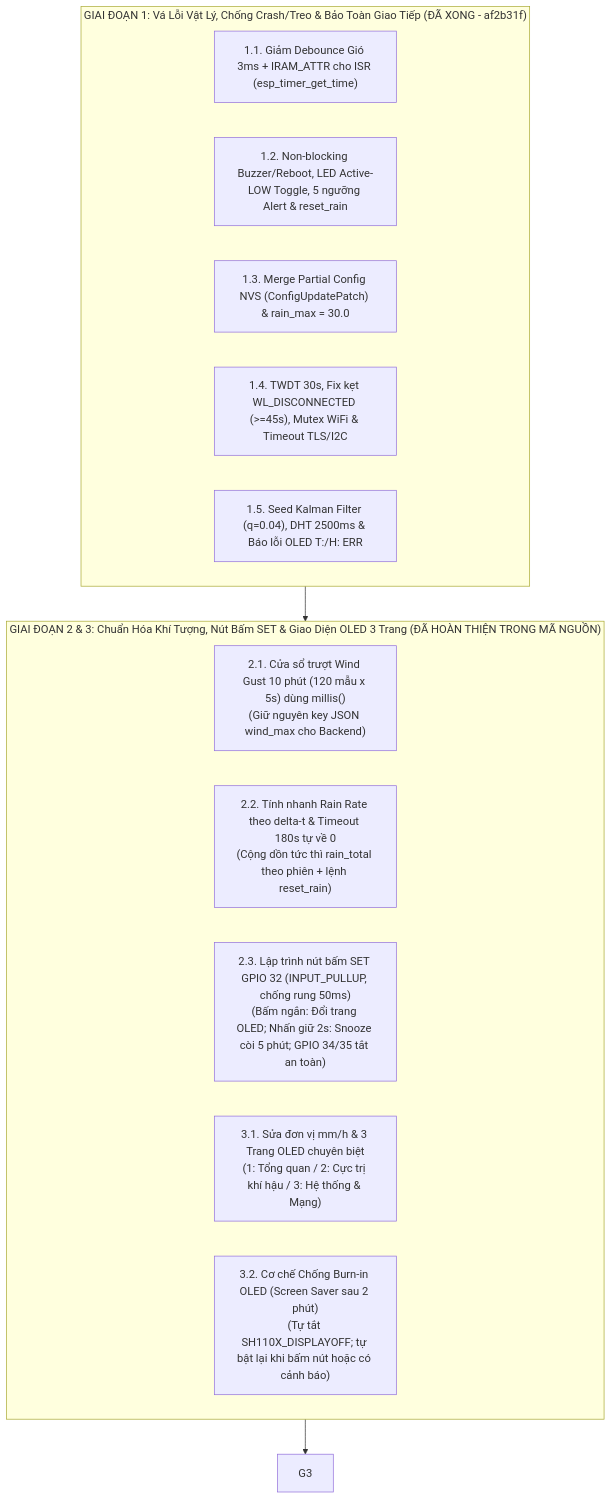
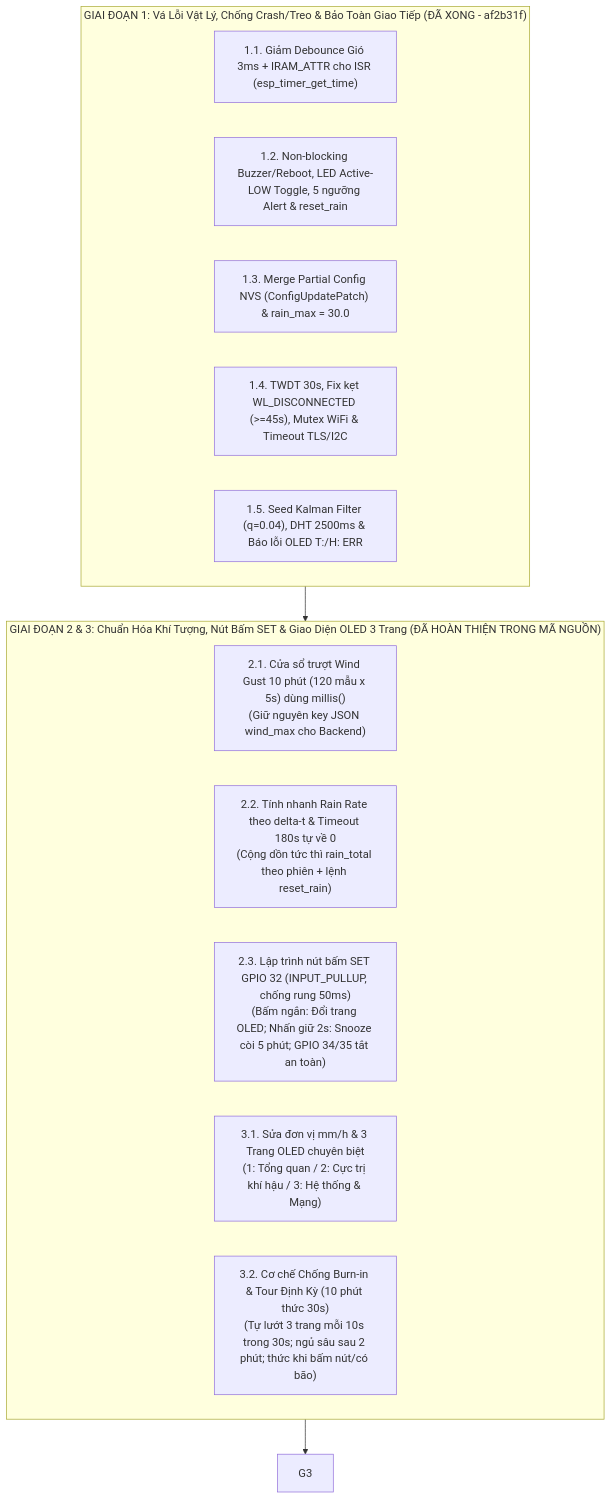
Before and after one commit to DuongAn15/IoT-project: the diagram in docs/FIRMWARE_REFINEMENT_PLAN.md, drawn with Mermaid. The commit also changed 3 other files, not shown here.

````diff
--- a/docs/FIRMWARE_REFINEMENT_PLAN.md
+++ b/docs/FIRMWARE_REFINEMENT_PLAN.md
@@ -284,20 +284,20 @@
 ```mermaid
 flowchart TD
     subgraph G1["GIAI ĐOẠN 1: Vá Lỗi Vật Lý, Chống Crash/Treo & Bảo Toàn Giao Tiếp (ĐÃ XONG - af2b31f)"]
         A1["1.1. Giảm Debounce Gió 3ms + IRAM_ATTR cho ISR (esp_timer_get_time)"]
         A2["1.2. Non-blocking Buzzer/Reboot, LED Active-LOW Toggle, 5 ngưỡng Alert & reset_rain"]
         A3["1.3. Merge Partial Config NVS (ConfigUpdatePatch) & rain_max = 30.0"]
         A4["1.4. TWDT 30s, Fix kẹt WL_DISCONNECTED (>=45s), Mutex WiFi & Timeout TLS/I2C"]
         A5["1.5. Seed Kalman Filter (q=0.04), DHT 2500ms & Báo lỗi OLED T:/H: ERR"]
     end
 
     subgraph G2["GIAI ĐOẠN 2 & 3: Chuẩn Hóa Khí Tượng, Nút Bấm SET & Giao Diện OLED 3 Trang (ĐÃ HOÀN THIỆN TRONG MÃ NGUỒN)"]
         B1["2.1. Cửa sổ trượt Wind Gust 10 phút (120 mẫu x 5s) dùng millis()<br/>(Giữ nguyên key JSON wind_max cho Backend)"]
         B2["2.2. Tính nhanh Rain Rate theo delta-t & Timeout 180s tự về 0<br/>(Cộng dồn tức thì rain_total theo phiên + lệnh reset_rain)"]
         B3["2.3. Lập trình nút bấm SET GPIO 32 (INPUT_PULLUP, chống rung 50ms)<br/>(Bấm ngắn: Đổi trang OLED; Nhấn giữ 2s: Snooze còi 5 phút; GPIO 34/35 tắt an toàn)"]
         C1["3.1. Sửa đơn vị mm/h & 3 Trang OLED chuyên biệt<br/>(1: Tổng quan / 2: Cực trị khí hậu / 3: Hệ thống & Mạng)"]
-        C2["3.2. Cơ chế Chống Burn-in OLED (Screen Saver sau 2 phút)<br/>(Tự tắt SH110X_DISPLAYOFF; tự bật lại khi bấm nút hoặc có cảnh báo)"]
+        C2["3.2. Cơ chế Chống Burn-in & Tour Định Kỳ (10 phút thức 30s)<br/>(Tự lướt 3 trang mỗi 10s trong 30s; ngủ sâu sau 2 phút; thức khi bấm nút/có bão)"]
     end
 
     G1 --> G2 --> G3
 ```
````
